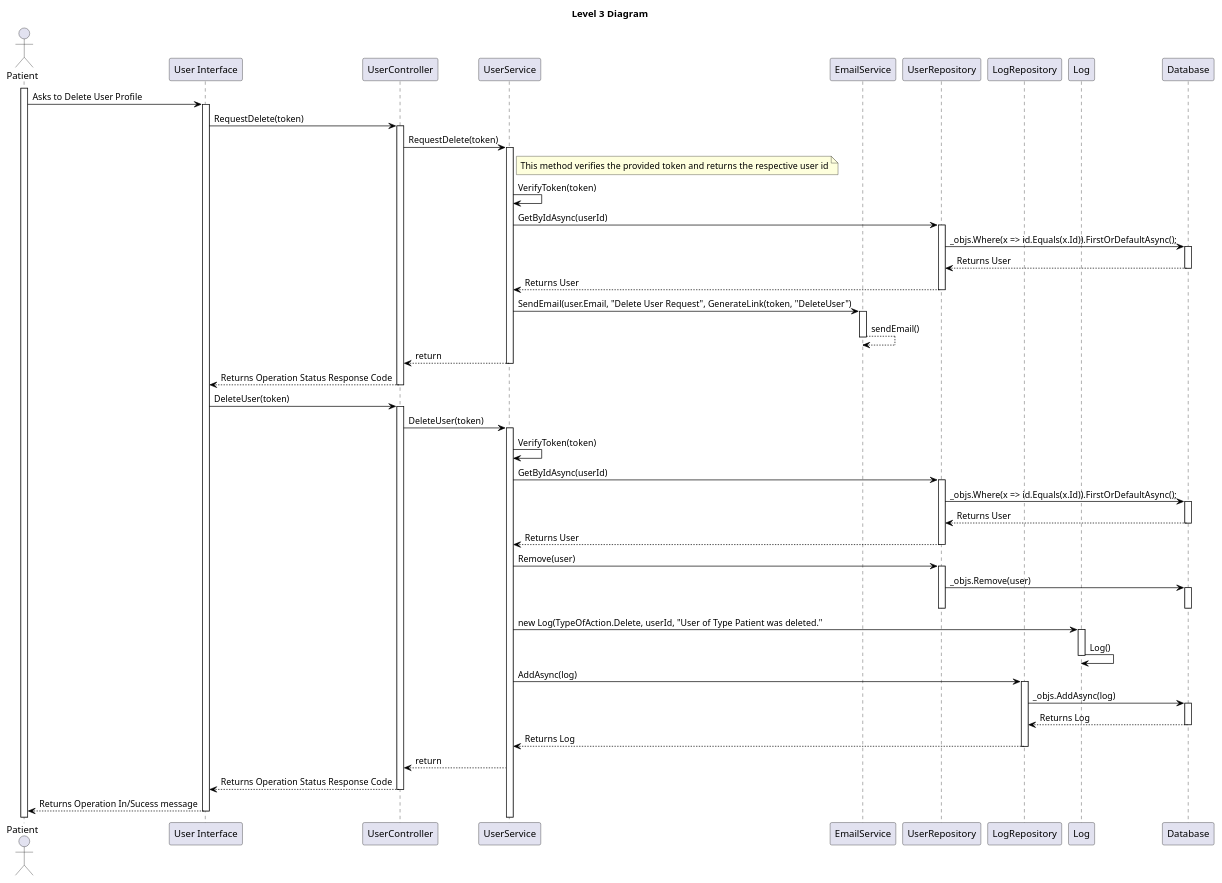
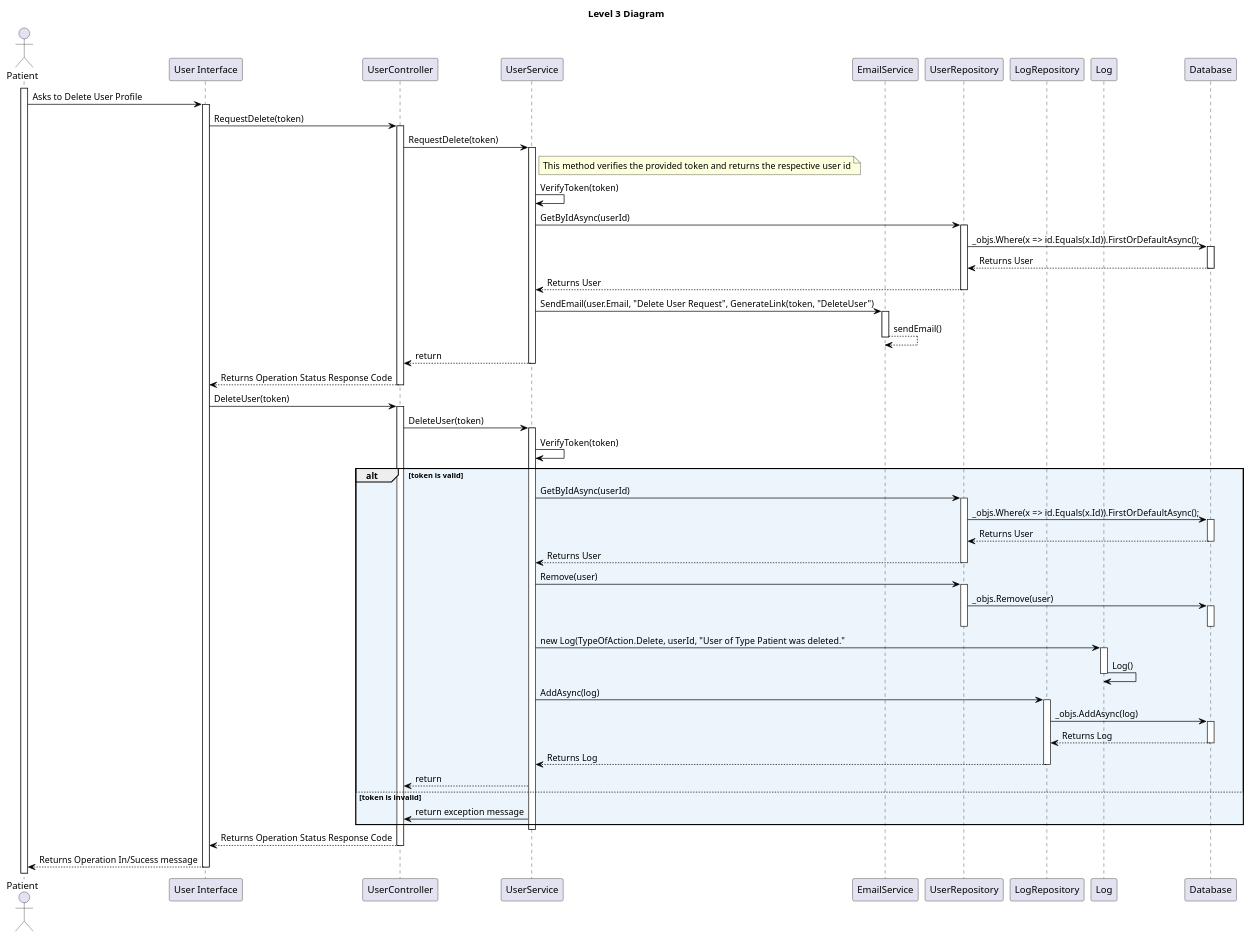
Before and after one commit to vscosousa/LAPR5_3DC_G15: the diagram in docs/sprint_A/us_5.1.5/level_3/puml/level_3.puml, drawn with PlantUML. The commit also changed 1 other file, not shown here.

```diff
--- a/docs/sprint_A/us_5.1.5/level_3/puml/level_3.puml
+++ b/docs/sprint_A/us_5.1.5/level_3/puml/level_3.puml
@@ -1,92 +1,97 @@
 @startuml level_3
 
 title Level 3 Diagram
 
 hide empty members
 'skinparam Linetype ortho
 
 skinparam class {
     BackgroundColor<<valueObject>> #D6EAF8
     BackgroundColor<<root>> #FDEBD0
     BackgroundColor<<service>> #D1F2EB
     BackgroundColor #FEF9E7
     ArrowColor Black
 }
 
 skinparam package {
     BackgroundColor #EBF5FB
 }
 
 actor Patient as P
 participant "User Interface" as UI
 participant "UserController" as C
 participant "UserService" as S
 participant "EmailService" as ES
 participant "UserRepository" as R
 participant "LogRepository" as LR
 participant "Log" as L
 participant "Database" as DB
 
 activate P
 P -> UI: Asks to Delete User Profile
 activate UI
 UI -> C: RequestDelete(token)
 activate C
 C -> S: RequestDelete(token)
 activate S
 note right of S: This method verifies the provided token and returns the respective user id
 S -> S: VerifyToken(token)
 S -> R: GetByIdAsync(userId)
 activate R
 R -> DB: _objs.Where(x => id.Equals(x.Id)).FirstOrDefaultAsync();
 activate DB
 DB --> R: Returns User
 deactivate DB
 R --> S: Returns User
 deactivate R
 S -> ES: SendEmail(user.Email, "Delete User Request", GenerateLink(token, "DeleteUser")
 activate ES
 ES --> ES: sendEmail()
 deactivate ES
 S --> C: return
 deactivate S
 C --> UI: Returns Operation Status Response Code
 deactivate C
 UI -> C: DeleteUser(token)
 activate C
 C -> S: DeleteUser(token)
 activate S
 S -> S: VerifyToken(token)
-S -> R: GetByIdAsync(userId)
-activate R
-R -> DB: _objs.Where(x => id.Equals(x.Id)).FirstOrDefaultAsync();
-activate DB
-DB --> R: Returns User
-deactivate DB
-R --> S: Returns User
-deactivate R
-S -> R: Remove(user)
-activate R
-R -> DB: _objs.Remove(user)
-activate DB
-deactivate DB
-deactivate R
-S -> L: new Log(TypeOfAction.Delete, userId, "User of Type Patient was deleted."
-activate L
-L -> L: Log()
-deactivate L
-S -> LR: AddAsync(log)
-activate LR
-LR -> DB: _objs.AddAsync(log)
-activate DB
-DB --> LR: Returns Log
-deactivate DB
-LR --> S: Returns Log
-deactivate LR
-S --> C: return
+alt token is valid
+    S -> R: GetByIdAsync(userId)
+    activate R
+    R -> DB: _objs.Where(x => id.Equals(x.Id)).FirstOrDefaultAsync();
+    activate DB
+    DB --> R: Returns User
+    deactivate DB
+    R --> S: Returns User
+    deactivate R
+    S -> R: Remove(user)
+    activate R
+    R -> DB: _objs.Remove(user)
+    activate DB
+    deactivate DB
+    deactivate R
+    S -> L: new Log(TypeOfAction.Delete, userId, "User of Type Patient was deleted."
+    activate L
+    L -> L: Log()
+    deactivate L
+    S -> LR: AddAsync(log)
+    activate LR
+    LR -> DB: _objs.AddAsync(log)
+    activate DB
+    DB --> LR: Returns Log
+    deactivate DB
+    LR --> S: Returns Log
+    deactivate LR
+    S --> C: return
+else token is invalid
+    S -> C: return exception message
+end
+deactivate S
 C --> UI: Returns Operation Status Response Code
 deactivate C
 UI --> P: Returns Operation In/Sucess message
 deactivate UI
 
 @enduml
```
